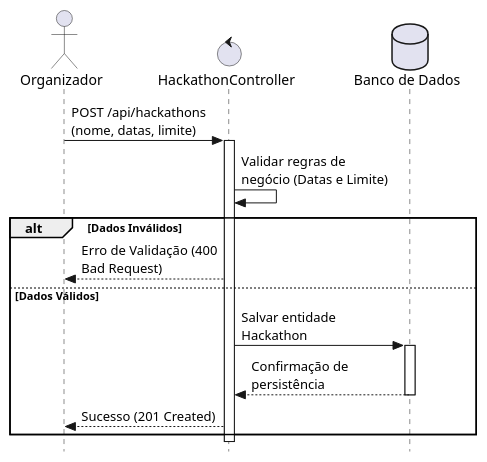
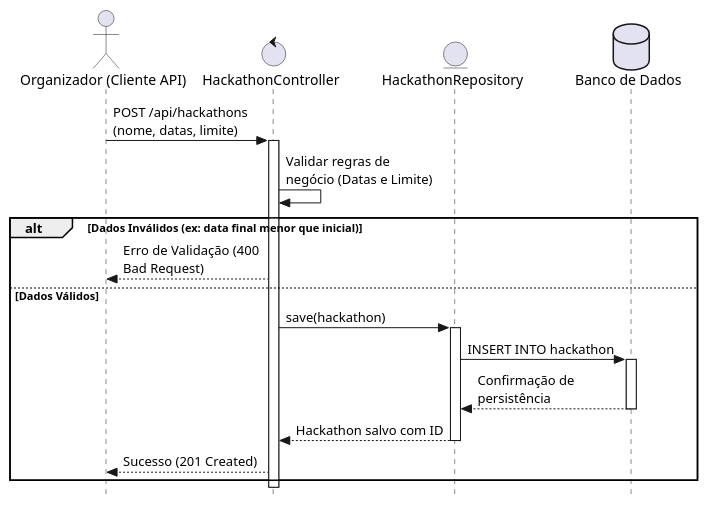
Before and after one commit to papatrock/es-hackathon: the diagram in diagramas/sequencia_us01.puml, drawn with PlantUML.

Commit message:
update: diagrama

```diff
--- a/diagramas/sequencia_us01.puml
+++ b/diagramas/sequencia_us01.puml
@@ -1,25 +1,33 @@
 @startuml
 skinparam style strictuml
 skinparam maxMessageSize 150
 
-actor "Organizador" as org
+actor "Organizador (Cliente API)" as org
 control "HackathonController" as ctrl
+entity "HackathonRepository" as repo
 database "Banco de Dados" as db
 
 org -> ctrl : POST /api/hackathons (nome, datas, limite)
 activate ctrl
 
 ctrl -> ctrl : Validar regras de negócio (Datas e Limite)
 
-alt Dados Inválidos
+alt Dados Inválidos (ex: data final menor que inicial)
     ctrl --> org : Erro de Validação (400 Bad Request)
 else Dados Válidos
-    ctrl -> db : Salvar entidade Hackathon
+    ctrl -> repo : save(hackathon)
+    activate repo
+    
+    repo -> db : INSERT INTO hackathon
     activate db
-    db --> ctrl : Confirmação de persistência
+    db --> repo : Confirmação de persistência
     deactivate db
+    
+    repo --> ctrl : Hackathon salvo com ID
+    deactivate repo
+    
     ctrl --> org : Sucesso (201 Created)
 end
 
 deactivate ctrl
 @enduml
```
